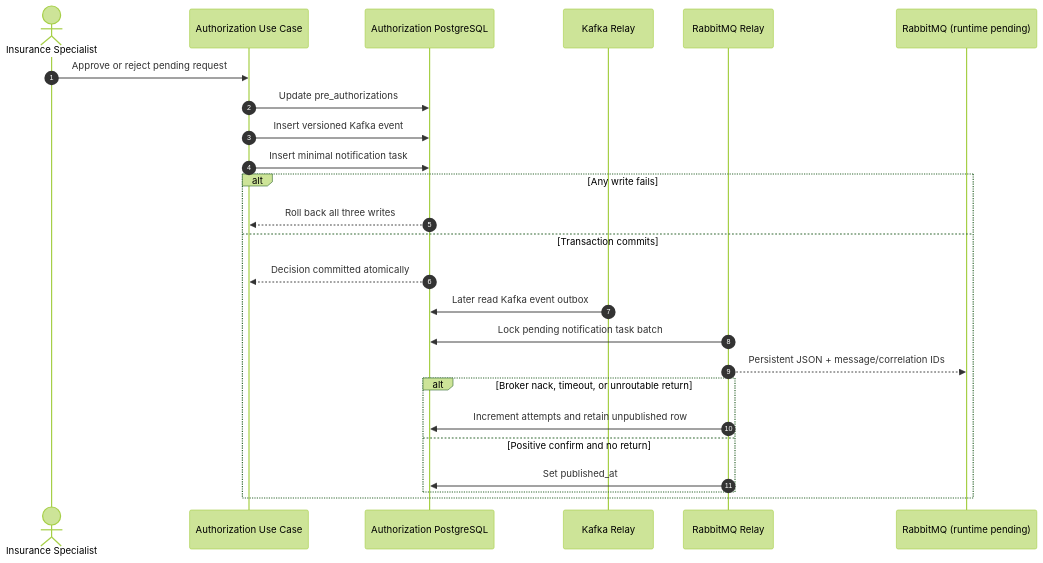
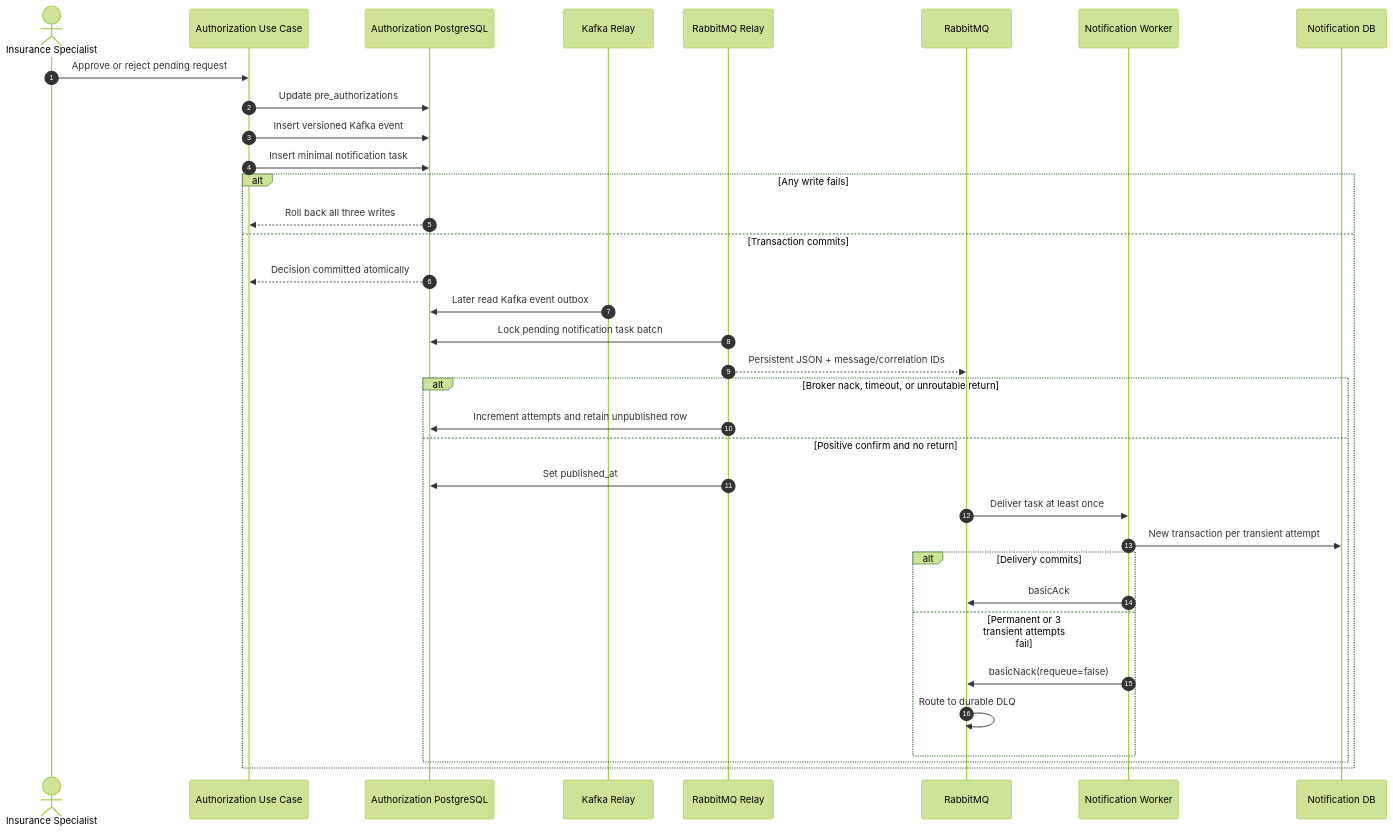
Before and after one commit to aydindemir1/health-insurance-platform: the third of 4 diagrams in docs/architecture/workflow-sequences.md, drawn with Mermaid (forest theme). The commit also changed other lines of this file and 14 other files, not shown here.

Commit message:
docs: complete milestone 6 notification delivery

````diff
--- a/docs/architecture/workflow-sequences.md
+++ b/docs/architecture/workflow-sequences.md
@@ -72,28 +72,38 @@
 ```mermaid
 sequenceDiagram
     autonumber
     actor S as Insurance Specialist
     participant A as Authorization Use Case
     participant DB as Authorization PostgreSQL
     participant K as Kafka Relay
     participant R as RabbitMQ Relay
-    participant Q as RabbitMQ (runtime pending)
+    participant Q as RabbitMQ
+    participant W as Notification Worker
+    participant NDB as Notification DB
 
     S->>A: Approve or reject pending request
     A->>DB: Update pre_authorizations
     A->>DB: Insert versioned Kafka event
     A->>DB: Insert minimal notification task
     alt Any write fails
         DB-->>A: Roll back all three writes
     else Transaction commits
         DB-->>A: Decision committed atomically
         K->>DB: Later read Kafka event outbox
         R->>DB: Lock pending notification task batch
         R-->>Q: Persistent JSON + message/correlation IDs
         alt Broker nack, timeout, or unroutable return
             R->>DB: Increment attempts and retain unpublished row
         else Positive confirm and no return
             R->>DB: Set published_at
+            Q->>W: Deliver task at least once
+            W->>NDB: New transaction per transient attempt
+            alt Delivery commits
+                W->>Q: basicAck
+            else Permanent or 3 transient attempts fail
+                W->>Q: basicNack(requeue=false)
+                Q->>Q: Route to durable DLQ
+            end
         end
     end
 ```
````
